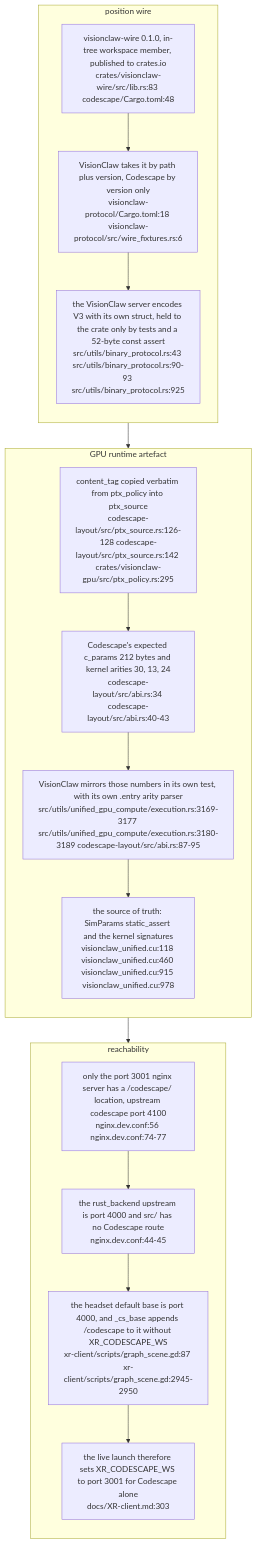
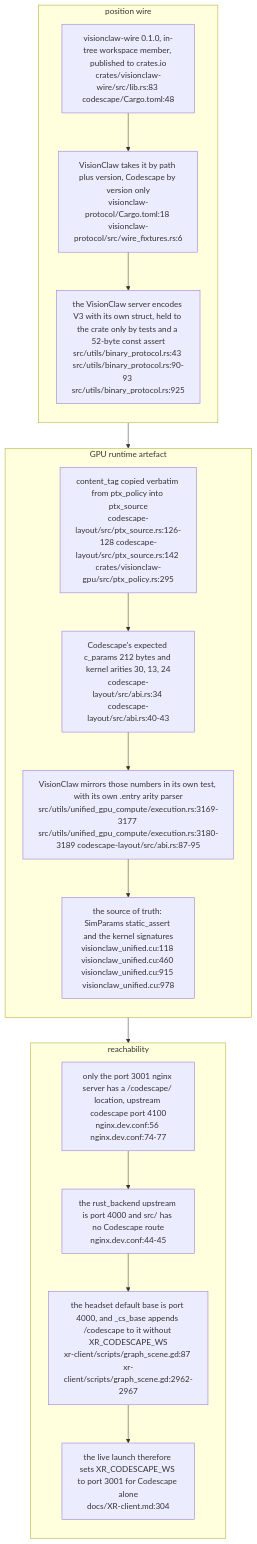
The eighth of 8 diagrams in docs/diagrams/visionclaw/39-codescape.md (DreamLab-AI/VisionFlow), drawn with Mermaid before and after one commit. The commit also changed other lines of this file and 154 other files, not shown here.

First line of the commit message:
docs(diagrams): re-stamp 154 topics whose every citation still reads the same text at the current heads

````diff
--- a/docs/diagrams/visionclaw/39-codescape.md
+++ b/docs/diagrams/visionclaw/39-codescape.md
@@ -403,27 +403,27 @@
 ```mermaid
 flowchart TB
     subgraph WIREG["position wire"]
         direction TB
         W1["visionclaw-wire 0.1.0, in-tree workspace member, published to crates.io<br/>crates/visionclaw-wire/src/lib.rs:83 codescape/Cargo.toml:48"]
         W2["VisionClaw takes it by path plus version, Codescape by version only<br/>visionclaw-protocol/Cargo.toml:18 visionclaw-protocol/src/wire_fixtures.rs:6"]
         W3["the VisionClaw server encodes V3 with its own struct, held to the crate only by tests and a 52-byte const assert<br/>src/utils/binary_protocol.rs:43 src/utils/binary_protocol.rs:90-93 src/utils/binary_protocol.rs:925"]
         W1 --> W2 --> W3
     end
     subgraph PTXG["GPU runtime artefact"]
         direction TB
         P1["content_tag copied verbatim from ptx_policy into ptx_source<br/>codescape-layout/src/ptx_source.rs:126-128 codescape-layout/src/ptx_source.rs:142 crates/visionclaw-gpu/src/ptx_policy.rs:295"]
         P2["Codescape's expected c_params 212 bytes and kernel arities 30, 13, 24<br/>codescape-layout/src/abi.rs:34 codescape-layout/src/abi.rs:40-43"]
         P3["VisionClaw mirrors those numbers in its own test, with its own .entry arity parser<br/>src/utils/unified_gpu_compute/execution.rs:3169-3177 src/utils/unified_gpu_compute/execution.rs:3180-3189 codescape-layout/src/abi.rs:87-95"]
         P4["the source of truth: SimParams static_assert and the kernel signatures<br/>visionclaw_unified.cu:118 visionclaw_unified.cu:460 visionclaw_unified.cu:915 visionclaw_unified.cu:978"]
         P1 --> P2 --> P3 --> P4
     end
     subgraph ROUTE["reachability"]
         direction TB
         R1["only the port 3001 nginx server has a /codescape/ location, upstream codescape port 4100<br/>nginx.dev.conf:56 nginx.dev.conf:74-77"]
         R2["the rust_backend upstream is port 4000 and src/ has no Codescape route<br/>nginx.dev.conf:44-45"]
-        R3["the headset default base is port 4000, and _cs_base appends /codescape to it without XR_CODESCAPE_WS<br/>xr-client/scripts/graph_scene.gd:87 xr-client/scripts/graph_scene.gd:2945-2950"]
-        R4["the live launch therefore sets XR_CODESCAPE_WS to port 3001 for Codescape alone<br/>docs/XR-client.md:303"]
+        R3["the headset default base is port 4000, and _cs_base appends /codescape to it without XR_CODESCAPE_WS<br/>xr-client/scripts/graph_scene.gd:87 xr-client/scripts/graph_scene.gd:2962-2967"]
+        R4["the live launch therefore sets XR_CODESCAPE_WS to port 3001 for Codescape alone<br/>docs/XR-client.md:304"]
         R1 --> R2 --> R3 --> R4
     end
     WIREG --> PTXG --> ROUTE
 ```
````
